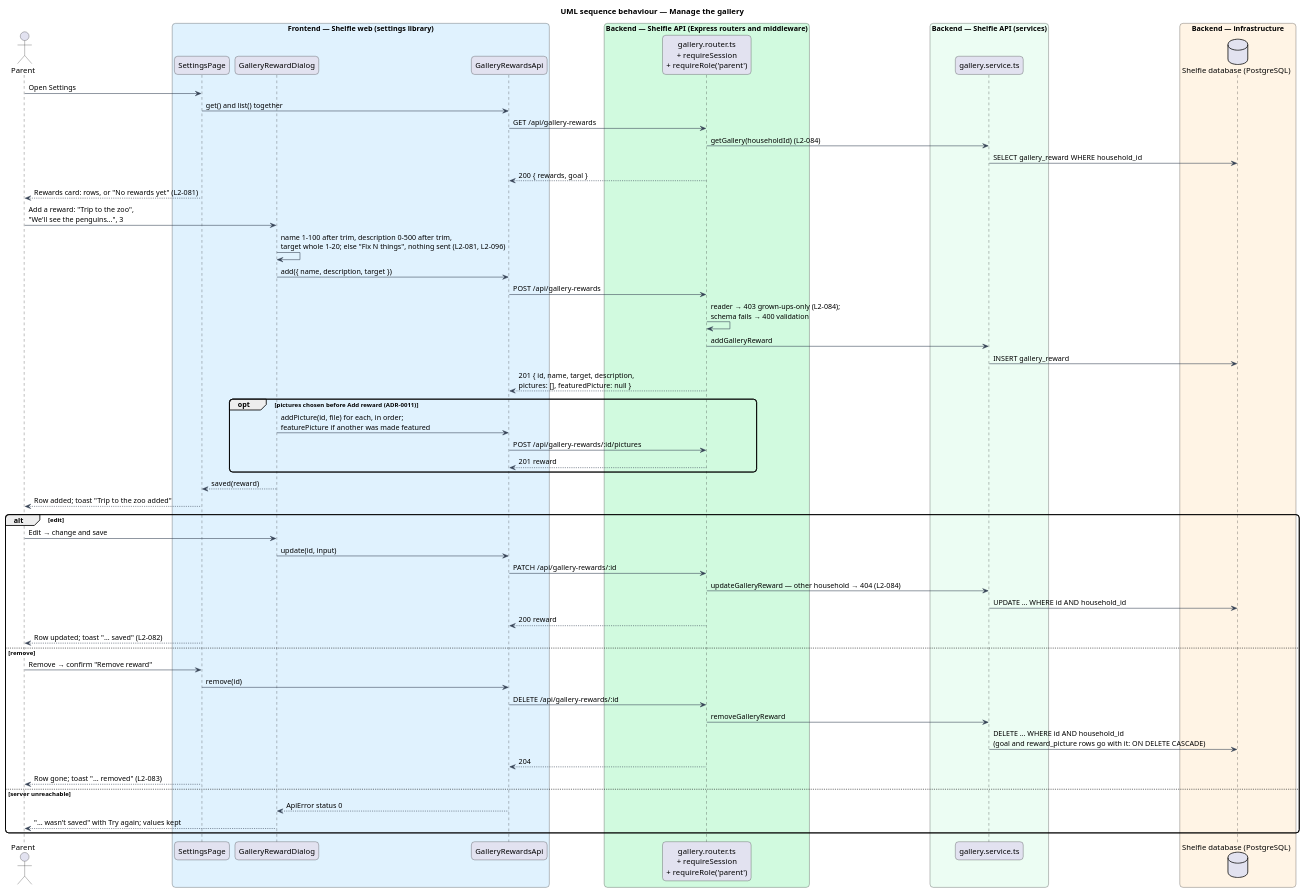
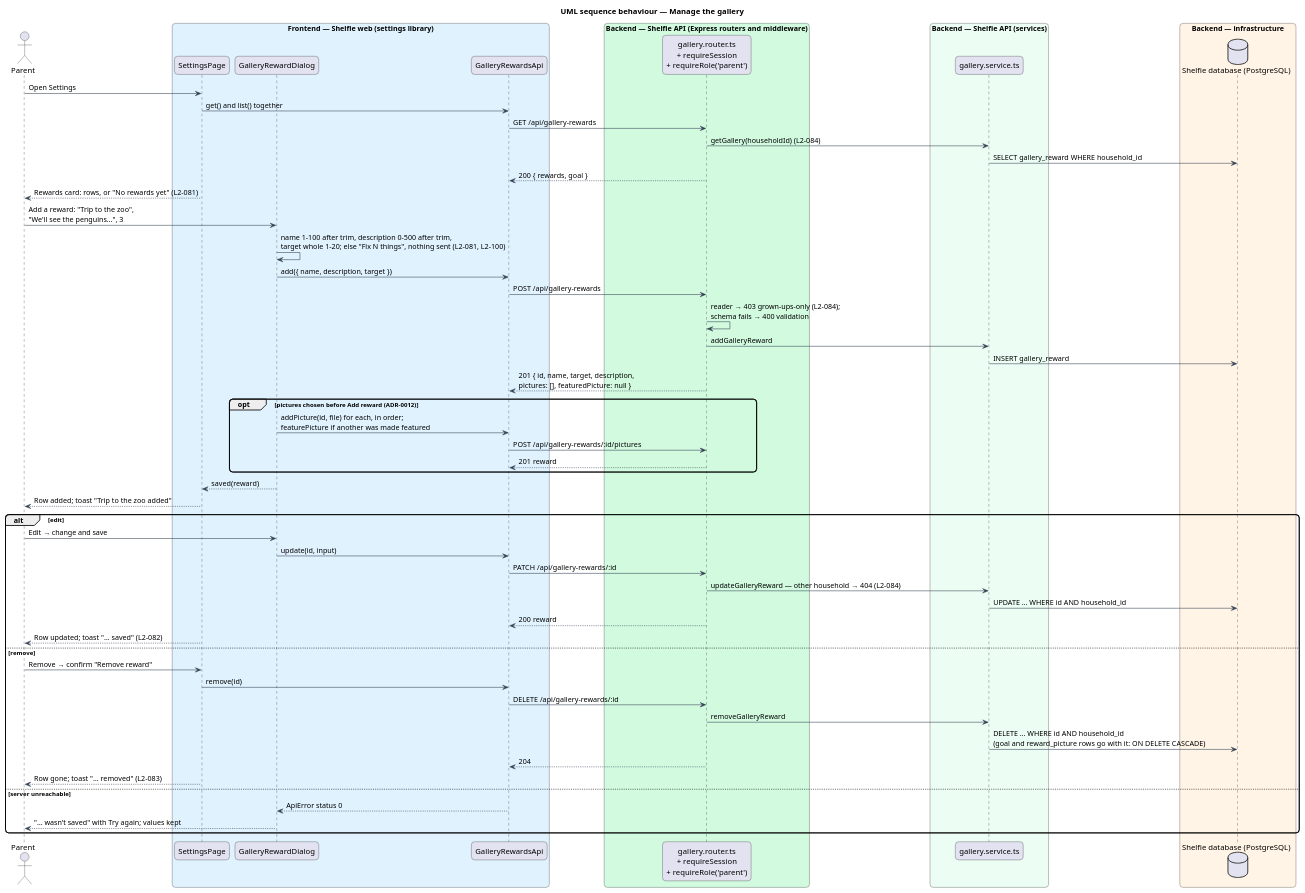
Before and after one commit to QuinntyneBrown/shelfie: the diagram in docs/detailed-designs/review/reward-gallery/diagrams/sequence-manage-gallery.puml, drawn with PlantUML. The commit also changed 51 other files, not shown here.

First line of the commit message:
Renumber reward descriptions and pictures to L2-100 to L2-105 and ADR-0012, after main took L2-096 to L2-099 and ADR-0011 for badges

```diff
--- a/docs/detailed-designs/review/reward-gallery/diagrams/sequence-manage-gallery.puml
+++ b/docs/detailed-designs/review/reward-gallery/diagrams/sequence-manage-gallery.puml
@@ -1,66 +1,66 @@
 @startuml
 title UML sequence behaviour — Manage the gallery
 skinparam backgroundColor #FFFFFF
 skinparam shadowing false
 skinparam roundcorner 12
 skinparam defaultFontName Arial
 skinparam ArrowColor #344054
 actor "Parent" as parent
 box "Frontend — Shelfie web (settings library)" #E0F2FE
   participant "SettingsPage" as page
   participant "GalleryRewardDialog" as dialog
   participant "GalleryRewardsApi" as client
 end box
 box "Backend — Shelfie API (Express routers and middleware)" #D1FADF
   participant "gallery.router.ts\n+ requireSession\n+ requireRole('parent')" as router
 end box
 box "Backend — Shelfie API (services)" #ECFDF3
   participant "gallery.service.ts" as service
 end box
 box "Backend — infrastructure" #FFF4E5
   database "Shelfie database (PostgreSQL)" as db
 end box
 
 parent -> page : Open Settings
 page -> client : get() and list() together
 client -> router : GET /api/gallery-rewards
 router -> service : getGallery(householdId) (L2-084)
 service -> db : SELECT gallery_reward WHERE household_id
 router --> client : 200 { rewards, goal }
 page --> parent : Rewards card: rows, or "No rewards yet" (L2-081)
 parent -> dialog : Add a reward: "Trip to the zoo",\n"We'll see the penguins…", 3
-dialog -> dialog : name 1–100 after trim, description 0–500 after trim,\ntarget whole 1–20; else "Fix N things", nothing sent (L2-081, L2-096)
+dialog -> dialog : name 1–100 after trim, description 0–500 after trim,\ntarget whole 1–20; else "Fix N things", nothing sent (L2-081, L2-100)
 dialog -> client : add({ name, description, target })
 client -> router : POST /api/gallery-rewards
 router -> router : reader → 403 grown-ups-only (L2-084);\nschema fails → 400 validation
 router -> service : addGalleryReward
 service -> db : INSERT gallery_reward
 router --> client : 201 { id, name, target, description,\npictures: [], featuredPicture: null }
-opt pictures chosen before Add reward (ADR-0011)
+opt pictures chosen before Add reward (ADR-0012)
   dialog -> client : addPicture(id, file) for each, in order;\nfeaturePicture if another was made featured
   client -> router : POST /api/gallery-rewards/:id/pictures
   router --> client : 201 reward
 end
 dialog --> page : saved(reward)
 page --> parent : Row added; toast "Trip to the zoo added"
 alt edit
   parent -> dialog : Edit → change and save
   dialog -> client : update(id, input)
   client -> router : PATCH /api/gallery-rewards/:id
   router -> service : updateGalleryReward — other household → 404 (L2-084)
   service -> db : UPDATE … WHERE id AND household_id
   router --> client : 200 reward
   page --> parent : Row updated; toast "… saved" (L2-082)
 else remove
   parent -> page : Remove → confirm "Remove reward"
   page -> client : remove(id)
   client -> router : DELETE /api/gallery-rewards/:id
   router -> service : removeGalleryReward
   service -> db : DELETE … WHERE id AND household_id\n(goal and reward_picture rows go with it: ON DELETE CASCADE)
   router --> client : 204
   page --> parent : Row gone; toast "… removed" (L2-083)
 else server unreachable
   client --> dialog : ApiError status 0
   dialog --> parent : "… wasn’t saved" with Try again; values kept
 end
 @enduml
```
